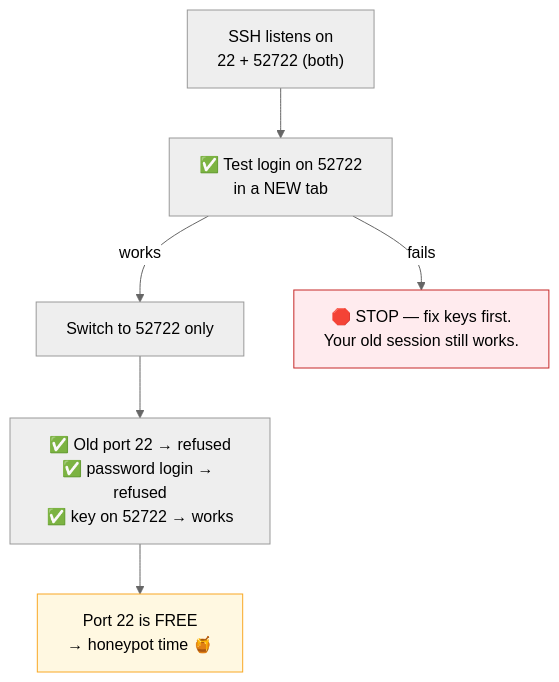
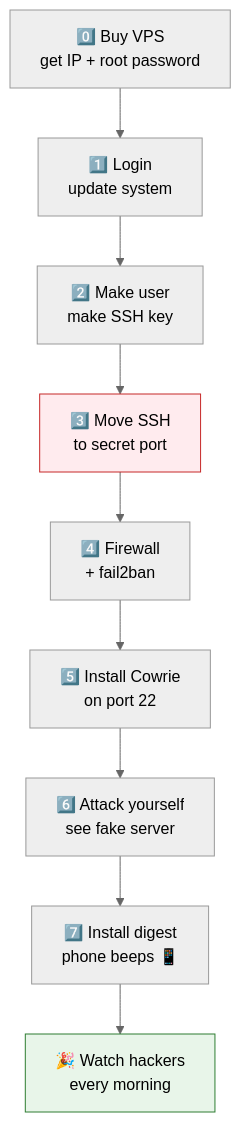
The second of 2 diagrams in docs/HONEYPOT-GUIDE.md (W0nIE/cowrie-digest), drawn with Mermaid (neutral theme) before and after one commit. The commit also changed other lines of this file, not shown here.

Commit message:
#13 docs: mask real IP/port, shorten guide 2.5x, add step-by-step algorithm diagram

````diff
--- a/docs/HONEYPOT-GUIDE.md
+++ b/docs/HONEYPOT-GUIDE.md
@@ -143,11 +23,14 @@
 ```mermaid
 flowchart TD
-    A["SSH listens on<br/>22 + 52722 (both)"] --> B["✅ Test login on 52722<br/>in a NEW tab"]
-    B -->|works| C["Switch to 52722 only"]
-    B -->|fails| F["🛑 STOP — fix keys first.<br/>Your old session still works."]
-    C --> D["✅ Old port 22 → refused<br/>✅ password login → refused<br/>✅ key on 52722 → works"]
-    D --> E["Port 22 is FREE<br/>→ honeypot time 🍯"]
+    A["0️⃣ Buy VPS<br/>get IP + root password"] --> B["1️⃣ Login<br/>update system"]
+    B --> C["2️⃣ Make user<br/>make SSH key"]
+    C --> D["3️⃣ Move SSH<br/>to secret port"]
+    D --> E["4️⃣ Firewall<br/>+ fail2ban"]
+    E --> F["5️⃣ Install Cowrie<br/>on port 22"]
+    F --> G["6️⃣ Attack yourself<br/>see fake server"]
+    G --> H["7️⃣ Install digest<br/>phone beeps 📱"]
+    H --> I["🎉 Watch hackers<br/>every morning"]
 
-    style F fill:#ffebee,stroke:#c62828
-    style E fill:#fff8e1,stroke:#f9a825
+    style D fill:#ffebee,stroke:#c62828
+    style I fill:#e8f5e9,stroke:#2e7d32
 ```
````
